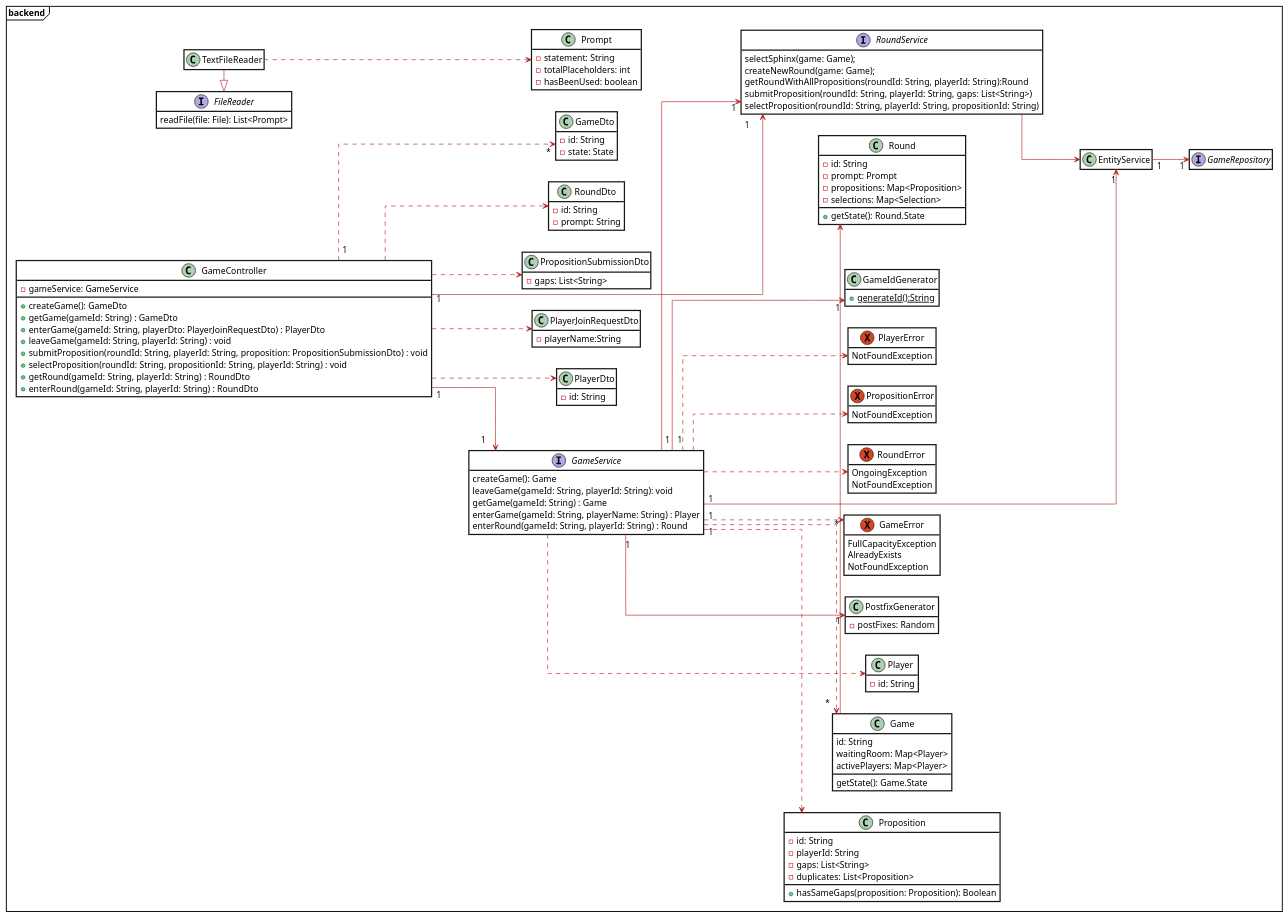
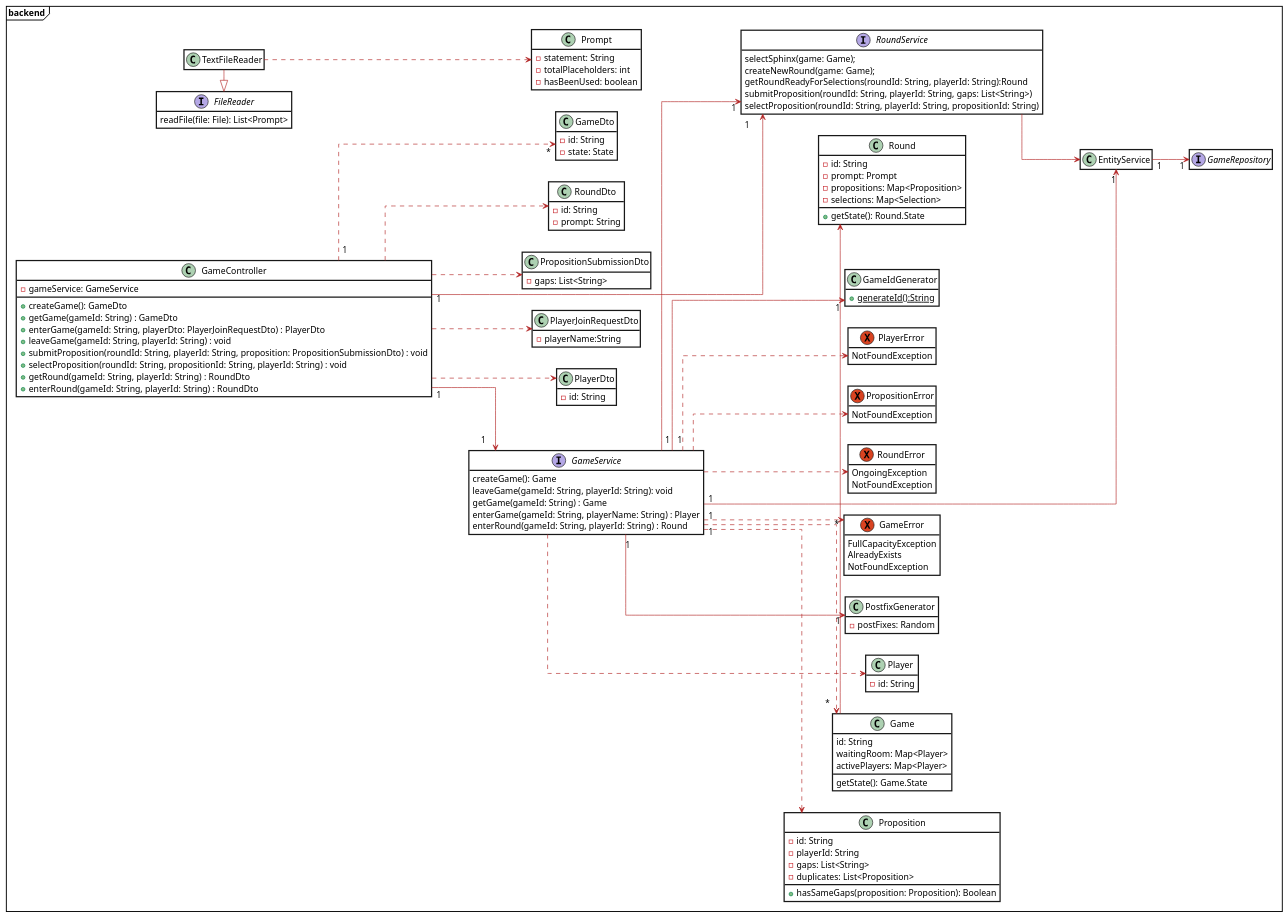
The diagram in docs/diagrams/archive/class_diagram.plantuml (patrickwinti/worldwidewalter), drawn with PlantUML before and after one commit. The commit also changed 8 other files, not shown here.

```diff
--- a/docs/diagrams/archive/class_diagram.plantuml
+++ b/docs/diagrams/archive/class_diagram.plantuml
@@ -1,145 +1,145 @@
 @startuml
 skinparam class {
     BackgroundColor white
     ArrowColor Firebrick
     BorderThickness 2
 }
 skinparam roundcorner 0
 skinparam packagestyle Frame
 hide empty members
 
 package backend{
     left to right direction
     skinparam linetype ortho
 
     hide empty members
     class GameController {
         -gameService: GameService
         +createGame(): GameDto
         +getGame(gameId: String) : GameDto
         +enterGame(gameId: String, playerDto: PlayerJoinRequestDto) : PlayerDto
         +leaveGame(gameId: String, playerId: String) : void
         +submitProposition(roundId: String, playerId: String, proposition: PropositionSubmissionDto) : void
         +selectProposition(roundId: String, propositionId: String, playerId: String) : void
         +getRound(gameId: String, playerId: String) : RoundDto
         +enterRound(gameId: String, playerId: String) : RoundDto
     }
     class GameDto {
         -id: String
         -state: State
     }
     class Game {
         id: String
         waitingRoom: Map<Player>
         activePlayers: Map<Player>
         getState(): Game.State
     }
     class Prompt{
         -statement: String
         -totalPlaceholders: int
         -hasBeenUsed: boolean
     }
 
     class Proposition{
           -id: String
           -playerId: String
           -gaps: List<String>
           -duplicates: List<Proposition>
           +hasSameGaps(proposition: Proposition): Boolean
     }
 
     interface GameService{
        createGame(): Game
        leaveGame(gameId: String, playerId: String): void
        getGame(gameId: String) : Game
        enterGame(gameId: String, playerName: String) : Player
        enterRound(gameId: String, playerId: String) : Round
     }
     interface RoundService{
         selectSphinx(game: Game);
         createNewRound(game: Game);
-        getRoundWithAllPropositions(roundId: String, playerId: String):Round
+        getRoundReadyForSelections(roundId: String, playerId: String):Round
         submitProposition(roundId: String, playerId: String, gaps: List<String>)
         selectProposition(roundId: String, playerId: String, propositionId: String)
     }
     interface GameRepository
     class PlayerDto {
         -id: String
     }
     class PlayerJoinRequestDto {
         -playerName:String
     }
     class PropositionSubmissionDto {
         -gaps: List<String>
     }
     class RoundDto {
         -id: String
         -prompt: String
     }
     class Player {
         -id: String
     }
     class Round {
         -id: String
         -prompt: Prompt
         -propositions: Map<Proposition>
         -selections: Map<Selection>
         +getState(): Round.State
     }
     class PostfixGenerator {
         -postFixes: Random
     }
     exception GameError {
         FullCapacityException
         AlreadyExists
         NotFoundException
     }
     exception RoundError {
         OngoingException
         NotFoundException
     }
     exception PropositionError {
         NotFoundException
     }
     exception PlayerError {
         NotFoundException
     }
 
     interface FileReader{
         readFile(file: File): List<Prompt>
     }
 
     class TextFileReader
     class GameIdGenerator{
         +generateId():String{static}
     }
 
     GameController..>PlayerDto
     GameController..>PlayerJoinRequestDto
     GameController..>PropositionSubmissionDto
     GameController..>RoundDto
     GameController "1"..>"*" GameDto
     GameController "1"-->"1" RoundService
     GameController "1"-->"1" GameService
 
     GameService "1"..>"*" Game
     GameService ..> Player
     GameService "1"..>"*" GameError
     GameService ..> RoundError
     GameService ..> PlayerError
     GameService ..> PropositionError
     GameService "1"-->"1" EntityService
     GameService ..> Proposition
     GameService "1"-->"1" PostfixGenerator
     GameService "1"-->"1" GameIdGenerator
     GameService "1"-->"1" RoundService
 
     EntityService "1"-->"1" GameRepository
 
     RoundService --> EntityService
 
     TextFileReader ..> Prompt
     FileReader<|-TextFileReader
 
     Game -> Round
 @enduml
```
